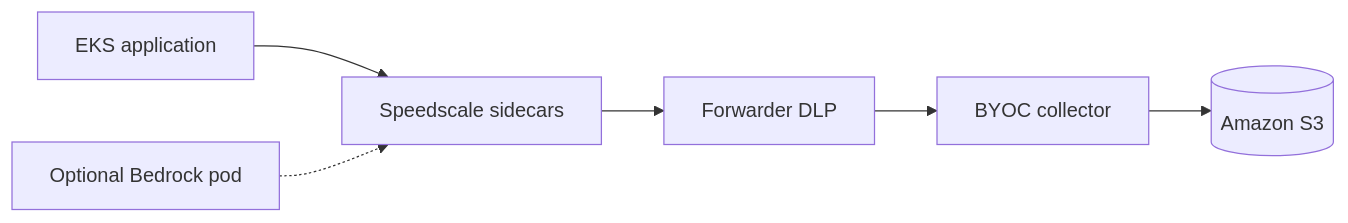
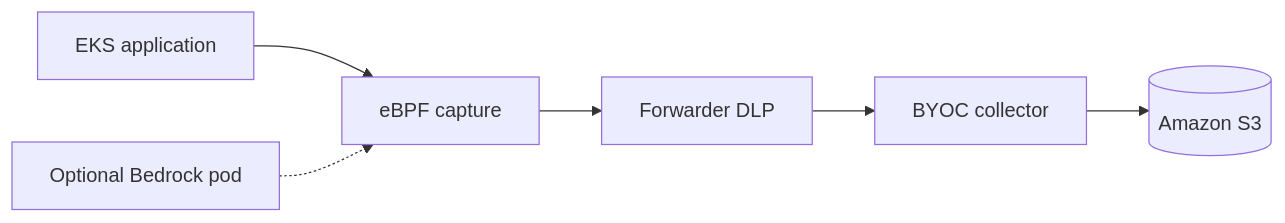
Before and after one commit to speedscale/docs: the first of 2 diagrams in docs/byoc/examples/aws-eks-quality-factory.md, drawn with Mermaid. The commit also changed other lines of this file, not shown here.

Commit message:
Show eBPF capture in AWS reference architecture

````diff
--- a/docs/byoc/examples/aws-eks-quality-factory.md
+++ b/docs/byoc/examples/aws-eks-quality-factory.md
@@ -16,8 +16,8 @@
 ```mermaid
 flowchart LR
-    app[EKS application] --> sidecar[Speedscale sidecars]
-    bedrock[Optional Bedrock pod] -.-> sidecar
-    sidecar --> forwarder[Forwarder DLP]
+    app[EKS application] --> nettap[eBPF capture]
+    bedrock[Optional Bedrock pod] -.-> nettap
+    nettap --> forwarder[Forwarder DLP]
     forwarder --> collector[BYOC collector]
     collector --> bucket[(Amazon S3)]
 ```
````
